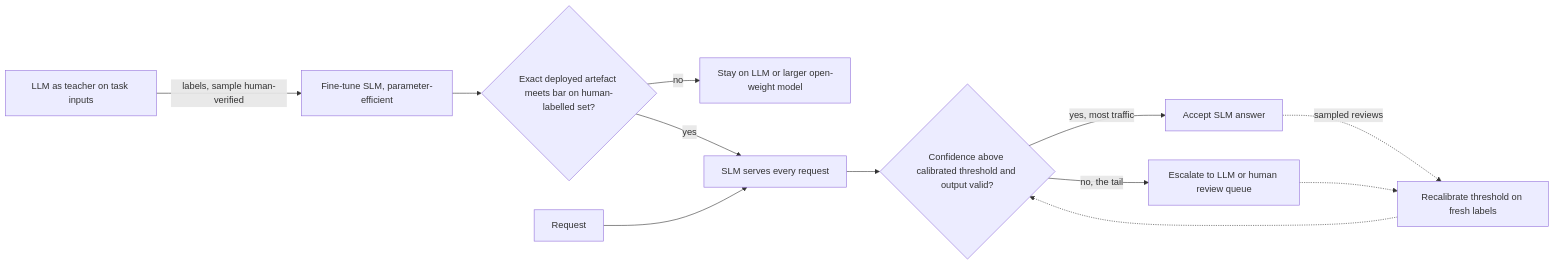
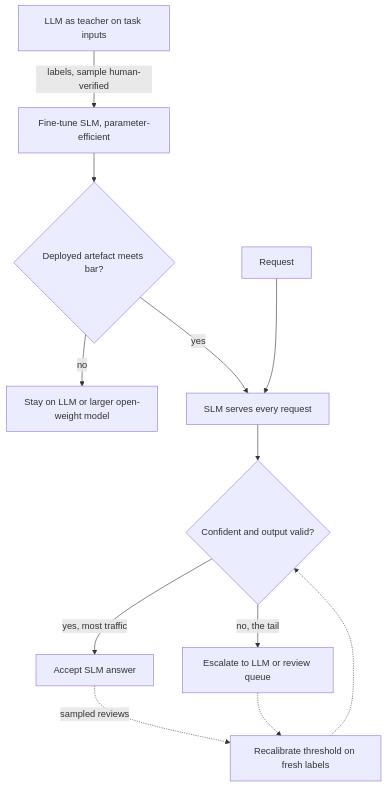
The diagram in content/system-design/slm-vs-llm-trade-offs.md (lovishmahajan97/agentic-learning), drawn with Mermaid before and after one commit. The commit also changed other lines of this file and 213 other files, not shown here.

````diff
--- a/content/system-design/slm-vs-llm-trade-offs.md
+++ b/content/system-design/slm-vs-llm-trade-offs.md
@@ -120,14 +121,14 @@
 ```mermaid
-flowchart LR
+flowchart TD
     T["LLM as teacher on task inputs"] -->|"labels, sample human-verified"| FT["Fine-tune SLM, parameter-efficient"]
-    FT --> EV{"Exact deployed artefact meets bar on human-labelled set?"}
+    FT --> EV{"Deployed artefact meets bar?"}
     EV -->|"no"| L["Stay on LLM or larger open-weight model"]
     EV -->|"yes"| S["SLM serves every request"]
     R["Request"] --> S
-    S --> C{"Confidence above calibrated threshold and output valid?"}
+    S --> C{"Confident and output valid?"}
     C -->|"yes, most traffic"| OK["Accept SLM answer"]
-    C -->|"no, the tail"| ESC["Escalate to LLM or human review queue"]
+    C -->|"no, the tail"| ESC["Escalate to LLM or review queue"]
     OK -.->|"sampled reviews"| CAL["Recalibrate threshold on fresh labels"]
     ESC -.-> CAL
     CAL -.-> C
 ```
````
